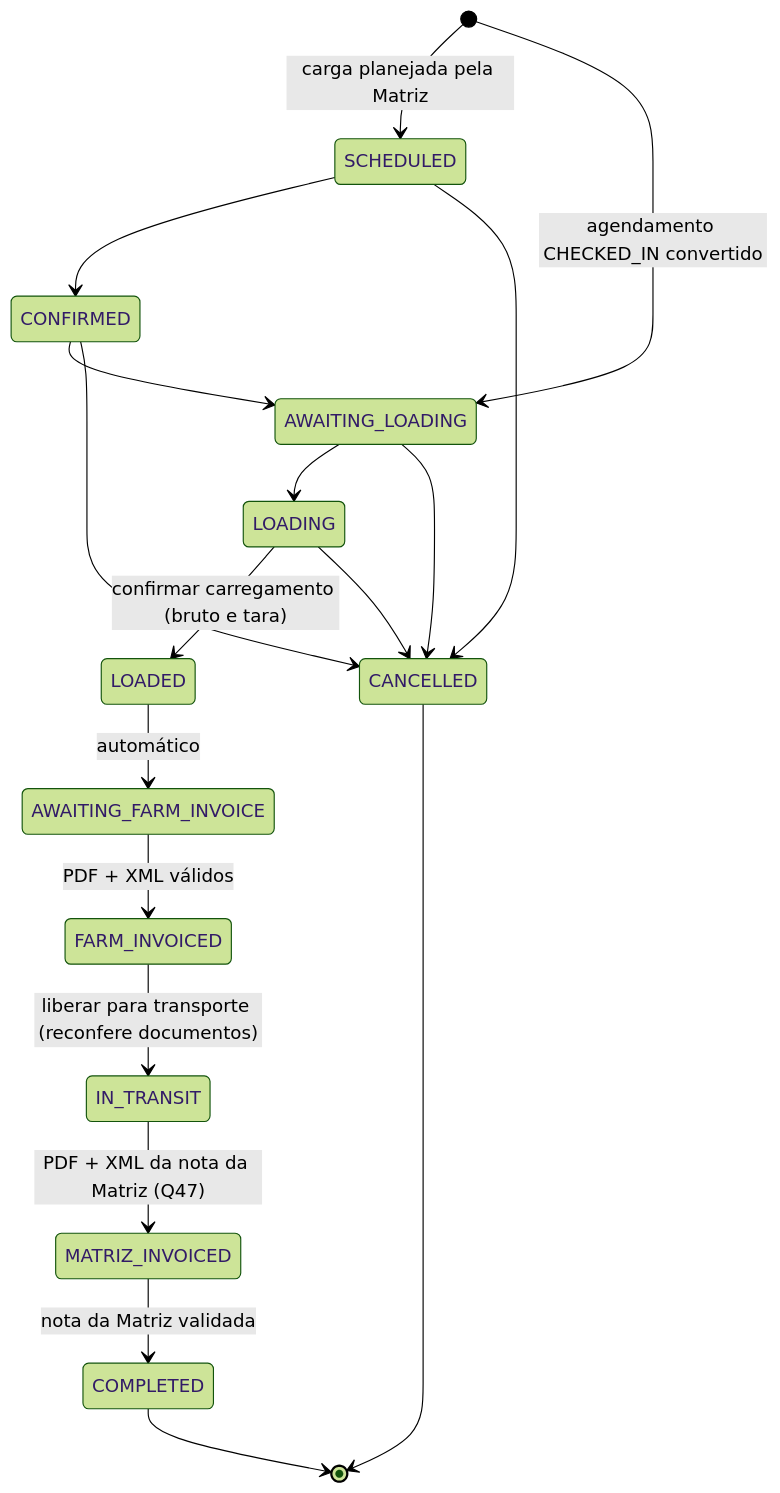
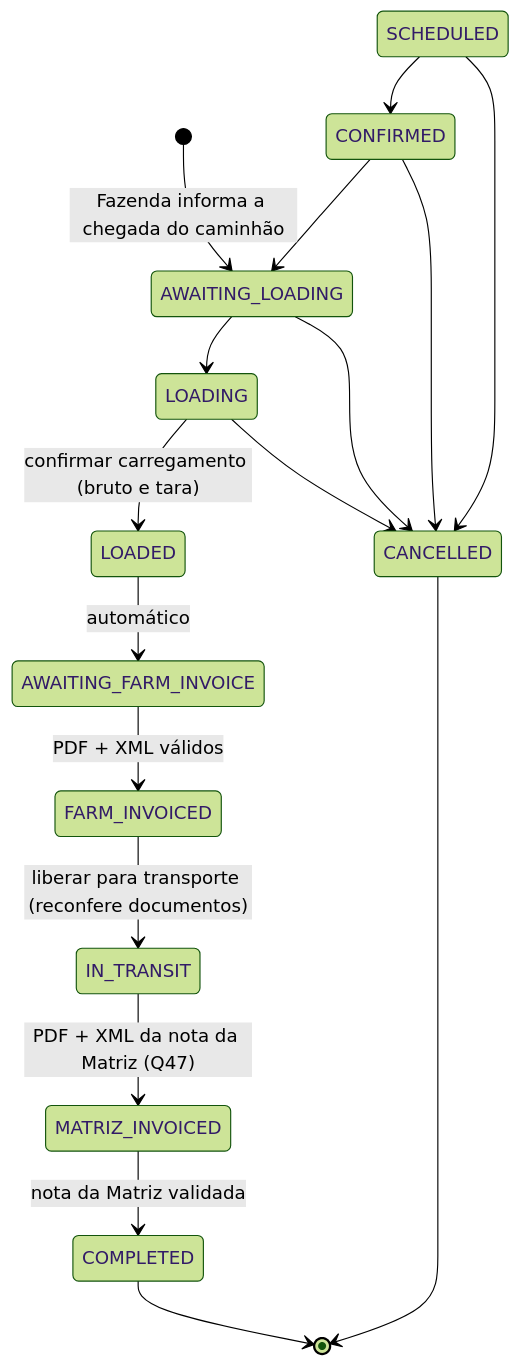
One commit to antoniocavali/Ordens_2.0 changed the second of 3 diagrams in docs/state-machines.md. Above: the diagram before and after it, drawn with Mermaid (forest theme). The commit also changed other lines of this file and 76 other files, not shown here.

First line of the commit message:
feat(cargas): a Fazenda só informa a chegada do caminhão (#113)

````diff
--- a/docs/state-machines.md
+++ b/docs/state-machines.md
@@ -58,20 +58,19 @@
 ```mermaid
 stateDiagram-v2
-  [*] --> SCHEDULED: carga planejada pela Matriz
-  [*] --> AWAITING_LOADING: agendamento CHECKED_IN convertido
+  [*] --> AWAITING_LOADING: Fazenda informa a chegada do caminhão
   SCHEDULED --> CONFIRMED
   CONFIRMED --> AWAITING_LOADING
   AWAITING_LOADING --> LOADING
   LOADING --> LOADED: confirmar carregamento (bruto e tara)
   LOADED --> AWAITING_FARM_INVOICE: automático
   AWAITING_FARM_INVOICE --> FARM_INVOICED: PDF + XML válidos
   FARM_INVOICED --> IN_TRANSIT: liberar para transporte (reconfere documentos)
   IN_TRANSIT --> MATRIZ_INVOICED: PDF + XML da nota da Matriz (Q47)
   MATRIZ_INVOICED --> COMPLETED: nota da Matriz validada
   SCHEDULED --> CANCELLED
   CONFIRMED --> CANCELLED
   AWAITING_LOADING --> CANCELLED
   LOADING --> CANCELLED
   COMPLETED --> [*]
   CANCELLED --> [*]
 ```
````
